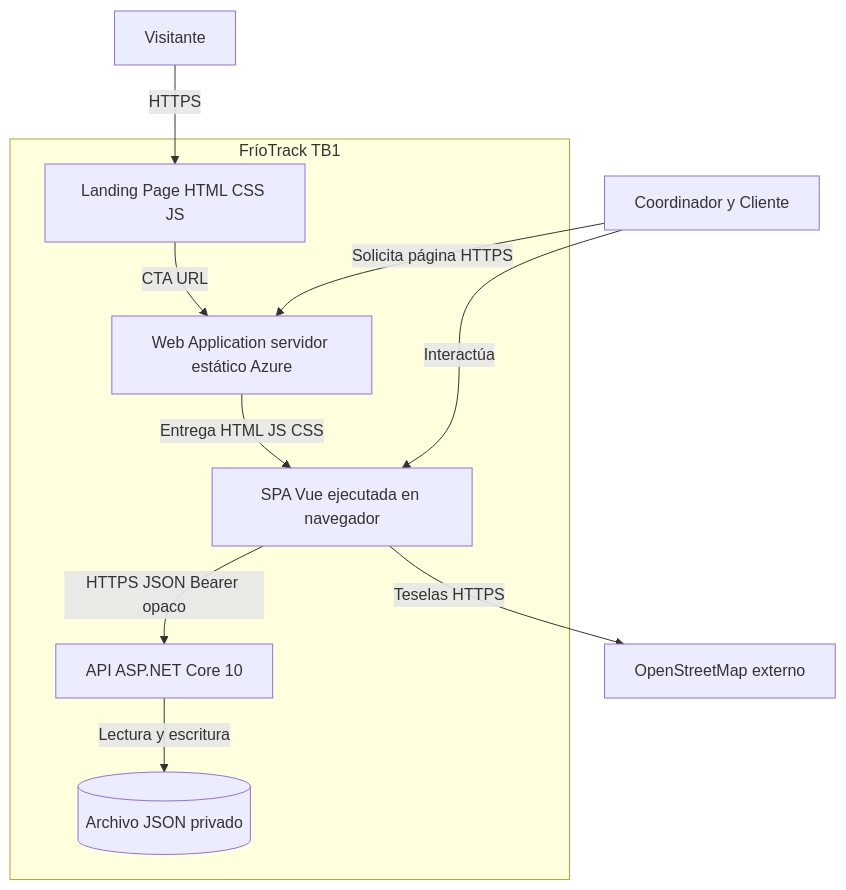
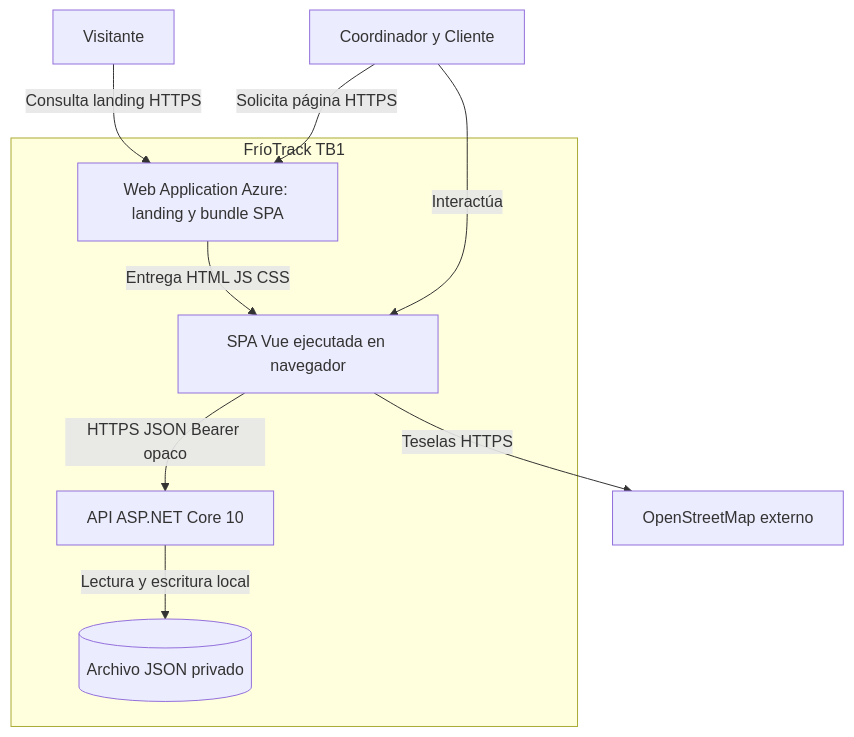
Before and after one commit to upc-pre-202620-1asi0730-8088-FrioTrackk/report-friotrack: the diagram in assets/architecture/containers.mmd, drawn with Mermaid. The commit also changed 95 other files, not shown here.

Commit message:
docs(architecture): add editable EventStorming C4 DDD and data diagrams

```diff
--- a/assets/architecture/containers.mmd
+++ b/assets/architecture/containers.mmd
@@ -1,12 +1,10 @@
 flowchart TB
-  visitor[Visitante] -->|HTTPS| landing[Landing Page HTML CSS JS]
-  users[Coordinador y Cliente] -->|Solicita página HTTPS| web[Web Application servidor estático Azure]
-  landing -->|CTA URL| web
+  visitor[Visitante] -->|Consulta landing HTTPS| web
+  users[Coordinador y Cliente] -->|Solicita página HTTPS| web
   subgraph system[FríoTrack TB1]
-    landing
-    web -->|Entrega HTML JS CSS| spa[SPA Vue ejecutada en navegador]
+    web[Web Application Azure: landing y bundle SPA] -->|Entrega HTML JS CSS| spa[SPA Vue ejecutada en navegador]
     spa -->|HTTPS JSON Bearer opaco| api[API ASP.NET Core 10]
-    api -->|Lectura y escritura| store[(Archivo JSON privado)]
+    api -->|Lectura y escritura local| store[(Archivo JSON privado)]
   end
   users -->|Interactúa| spa
   spa -->|Teselas HTTPS| maps[OpenStreetMap externo]
```
